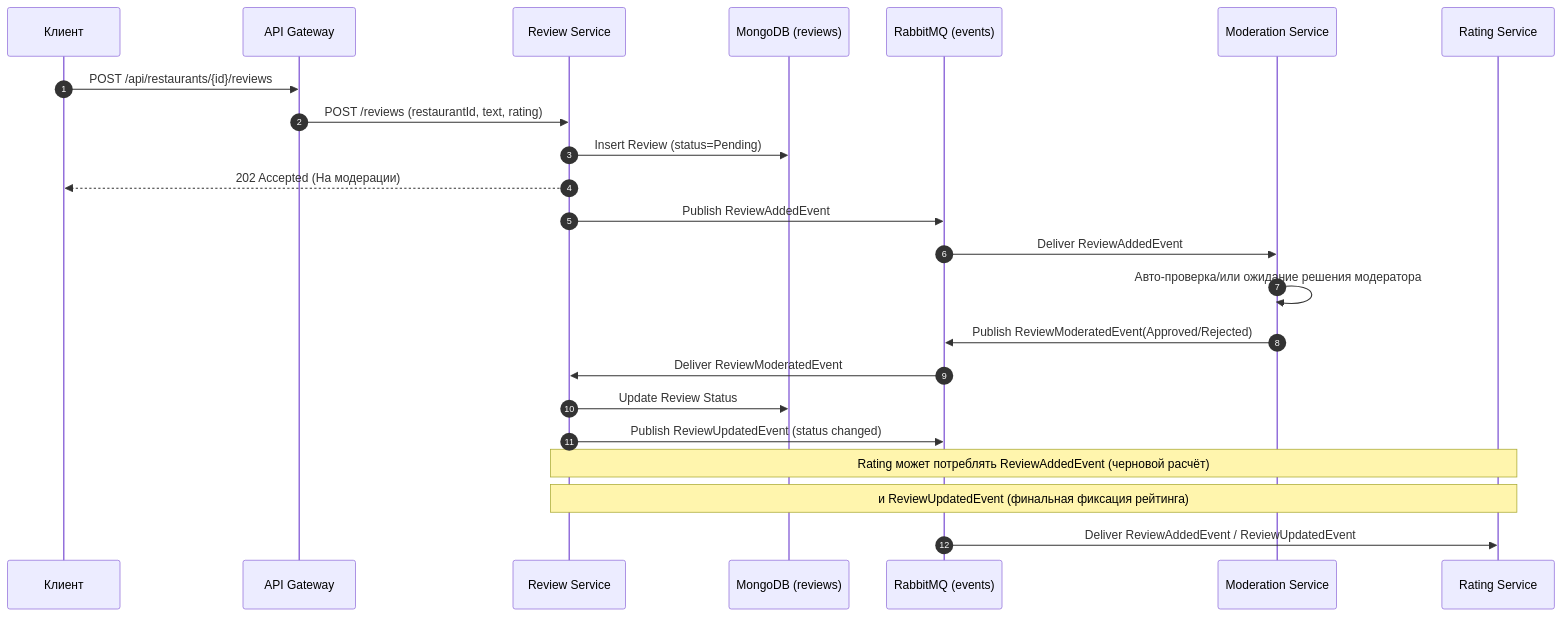
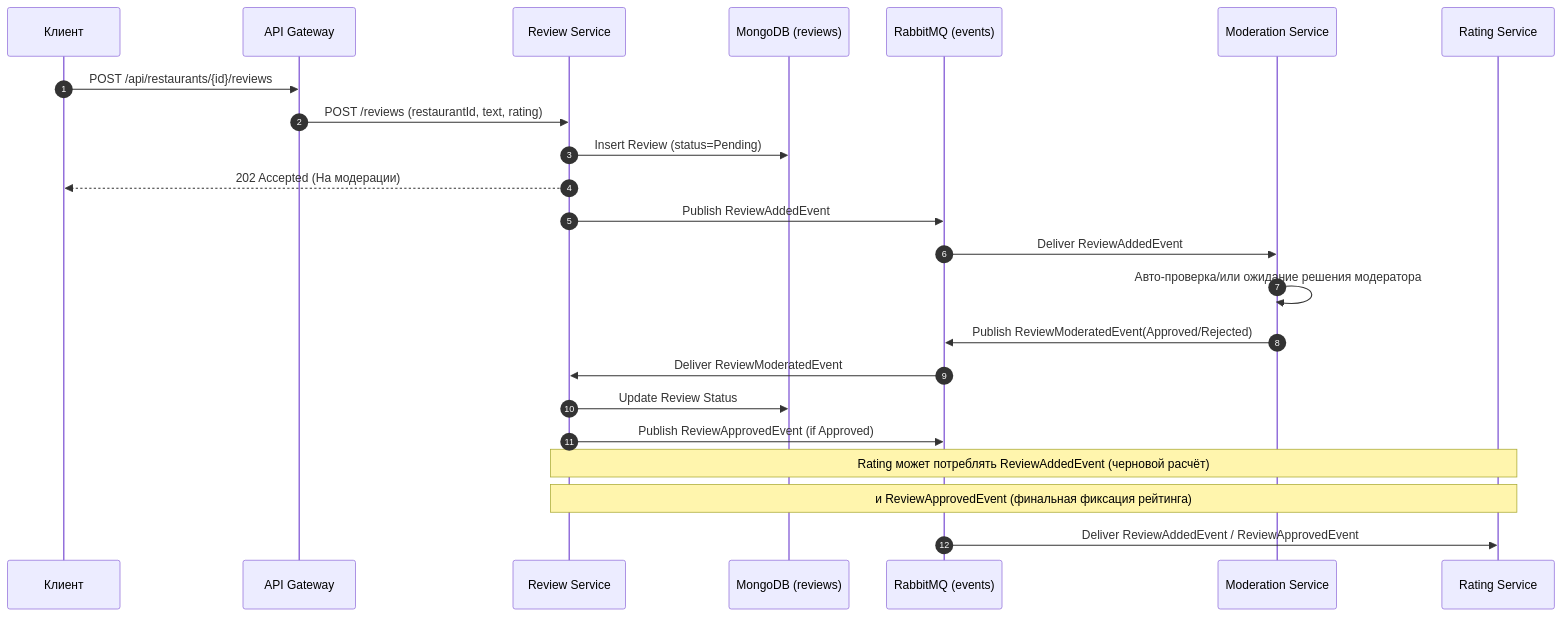
One commit to bagermoon/otuscode changed the second of 3 diagrams in docs/services/ReviewService.md. Above: the diagram before and after it, drawn with Mermaid. The commit also changed other lines of this file and 8 other files, not shown here.

Commit message:
feat(review): replace ReviewUpdatedEvent with ReviewApprovedEvent

````diff
--- a/docs/services/ReviewService.md
+++ b/docs/services/ReviewService.md
@@ -140,29 +140,29 @@
 ```mermaid
 sequenceDiagram
     autonumber
     participant C as Клиент
     participant GW as API Gateway
     participant RV as Review Service
     participant DBR as MongoDB (reviews)
     participant MQ as RabbitMQ (events)
     participant MS as Moderation Service
     participant RT as Rating Service
 
     C->>GW: POST /api/restaurants/{id}/reviews
     GW->>RV: POST /reviews (restaurantId, text, rating)
     RV->>DBR: Insert Review (status=Pending)
     RV-->>C: 202 Accepted (На модерации)
     RV->>MQ: Publish ReviewAddedEvent
 
     MQ->>MS: Deliver ReviewAddedEvent
     MS->>MS: Авто-проверка/или ожидание решения модератора
     MS->>MQ: Publish ReviewModeratedEvent(Approved/Rejected)
 
     MQ->>RV: Deliver ReviewModeratedEvent
     RV->>DBR: Update Review Status
-    RV->>MQ: Publish ReviewUpdatedEvent (status changed)
+    RV->>MQ: Publish ReviewApprovedEvent (if Approved)
 
     note over RV,RT: Rating может потреблять ReviewAddedEvent (черновой расчёт)
-    note over RV,RT: и ReviewUpdatedEvent (финальная фиксация рейтинга)
-    MQ->>RT: Deliver ReviewAddedEvent / ReviewUpdatedEvent
+    note over RV,RT: и ReviewApprovedEvent (финальная фиксация рейтинга)
+    MQ->>RT: Deliver ReviewAddedEvent / ReviewApprovedEvent
 ```
````
